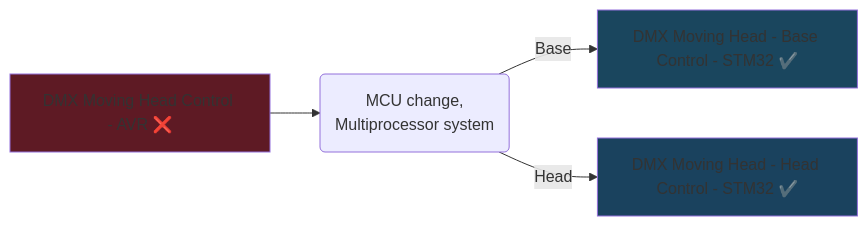
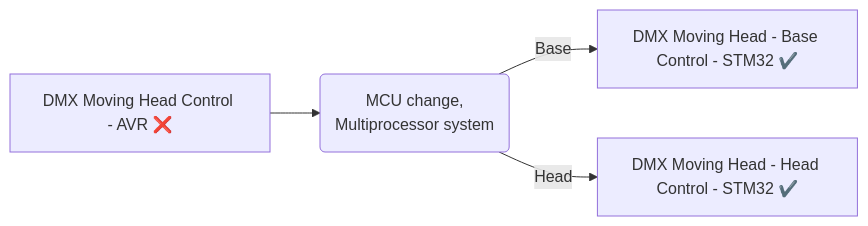
Before and after one commit to bagobalint10/dmx-moving-head-control-avr: the first of 2 diagrams in README.md, drawn with Mermaid.

Commit message:
README updated

````diff
--- a/README.md
+++ b/README.md
@@ -27,14 +27,11 @@
 ```mermaid
 
 flowchart LR
 
 A[DMX Moving Head Control - AVR ❌] --> B( MCU change,
                                 Multiprocessor system )
 B -->|Base| C[DMX Moving Head - Base Control - STM32 ✔️]
 B -->|Head| D[DMX Moving Head - Head Control - STM32 ✔️]
 
-style A fill: #5e1a24
-style C fill: #1a465e
-style D fill: #1a425e
 
 ```
````
